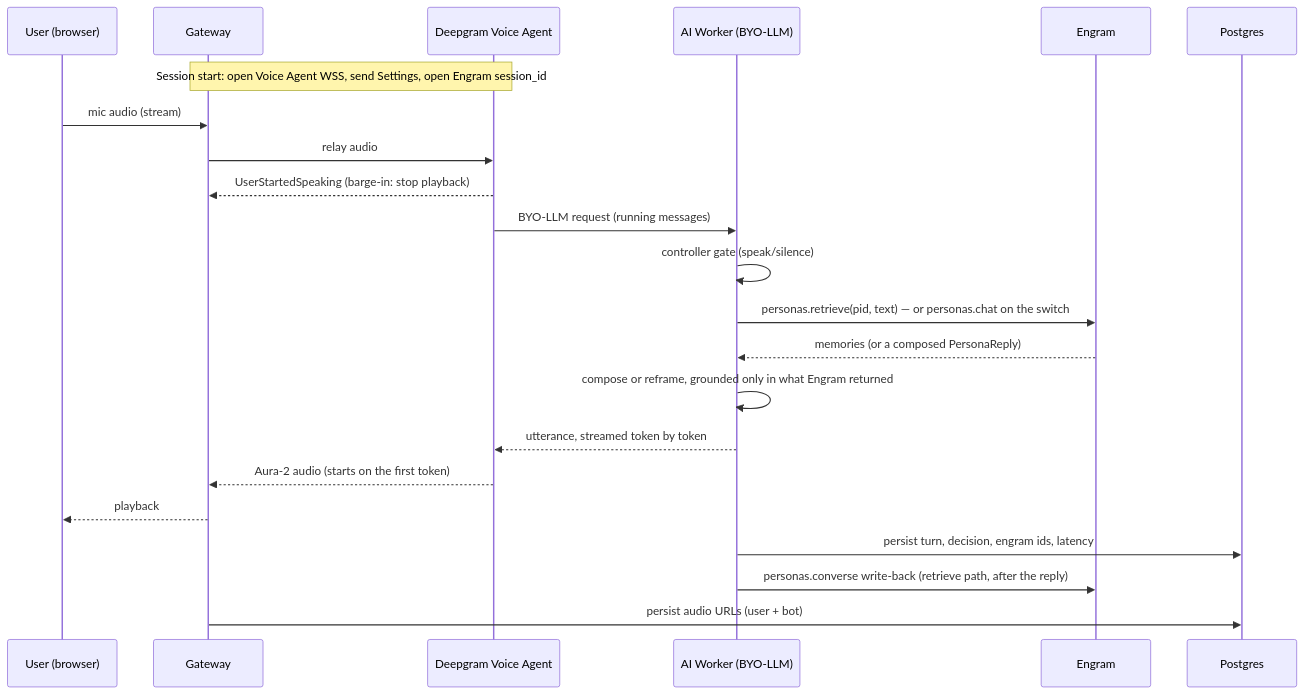
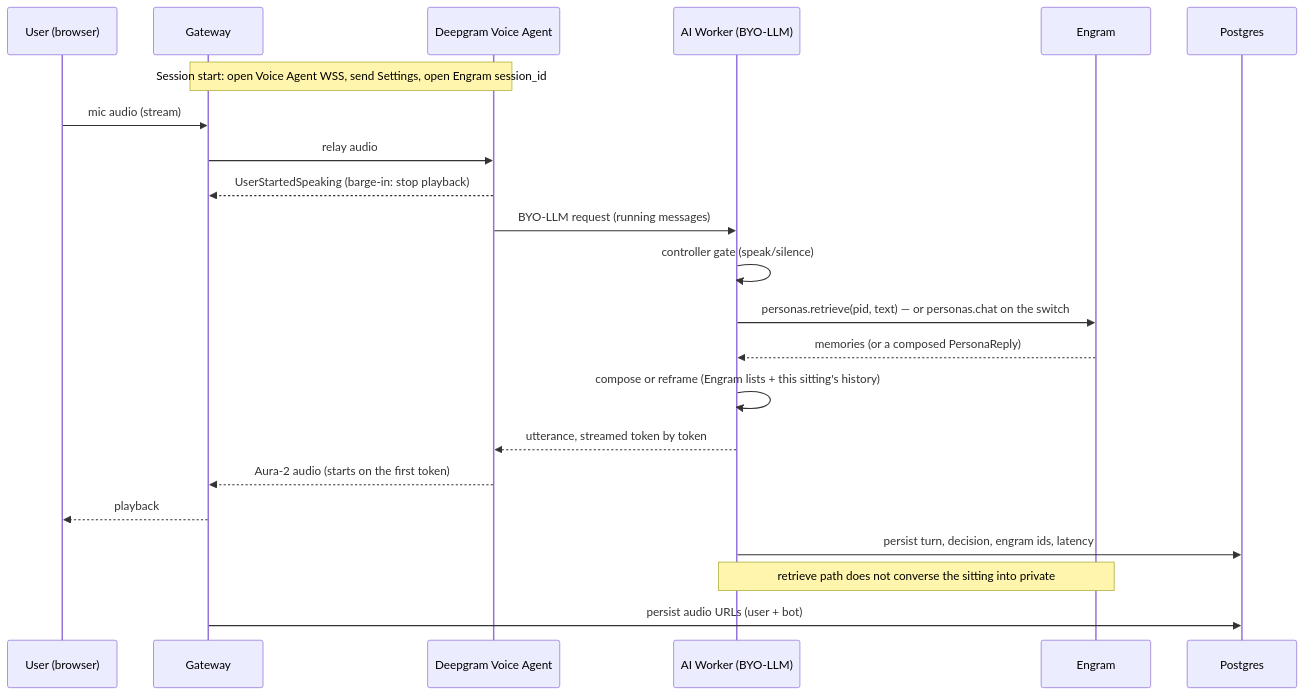
Before and after one commit to m-tauqueer/voice-bot: the second of 2 diagrams in docs/TRD.md, drawn with Mermaid. The commit also changed other lines of this file and 34 other files, not shown here.

First line of the commit message:
Write extracted caller facts to private memory instead of the sitting transcript.

````diff
--- a/docs/TRD.md
+++ b/docs/TRD.md
@@ -113,25 +112,25 @@
 ```mermaid
 sequenceDiagram
   participant U as User (browser)
   participant G as Gateway
   participant D as Deepgram Voice Agent
   participant W as AI Worker (BYO-LLM)
   participant E as Engram
   participant P as Postgres
 
   Note over G,D: Session start: open Voice Agent WSS, send Settings, open Engram session_id
   U->>G: mic audio (stream)
   G->>D: relay audio
   D-->>G: UserStartedSpeaking (barge-in: stop playback)
   D->>W: BYO-LLM request (running messages)
   W->>W: controller gate (speak/silence)
   W->>E: personas.retrieve(pid, text) — or personas.chat on the switch
   E-->>W: memories (or a composed PersonaReply)
-  W->>W: compose or reframe, grounded only in what Engram returned
+  W->>W: compose or reframe (Engram lists + this sitting's history)
   W-->>D: utterance, streamed token by token
   D-->>G: Aura-2 audio (starts on the first token)
   G-->>U: playback
   W->>P: persist turn, decision, engram ids, latency
-  W->>E: personas.converse write-back (retrieve path, after the reply)
+  Note over W,E: retrieve path does not converse the sitting into private
   G->>P: persist audio URLs (user + bot)
 ```
````
